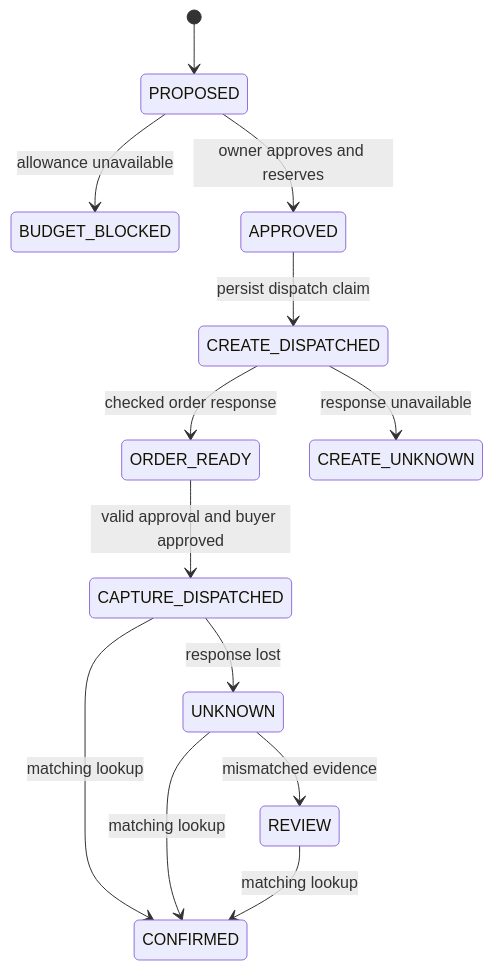
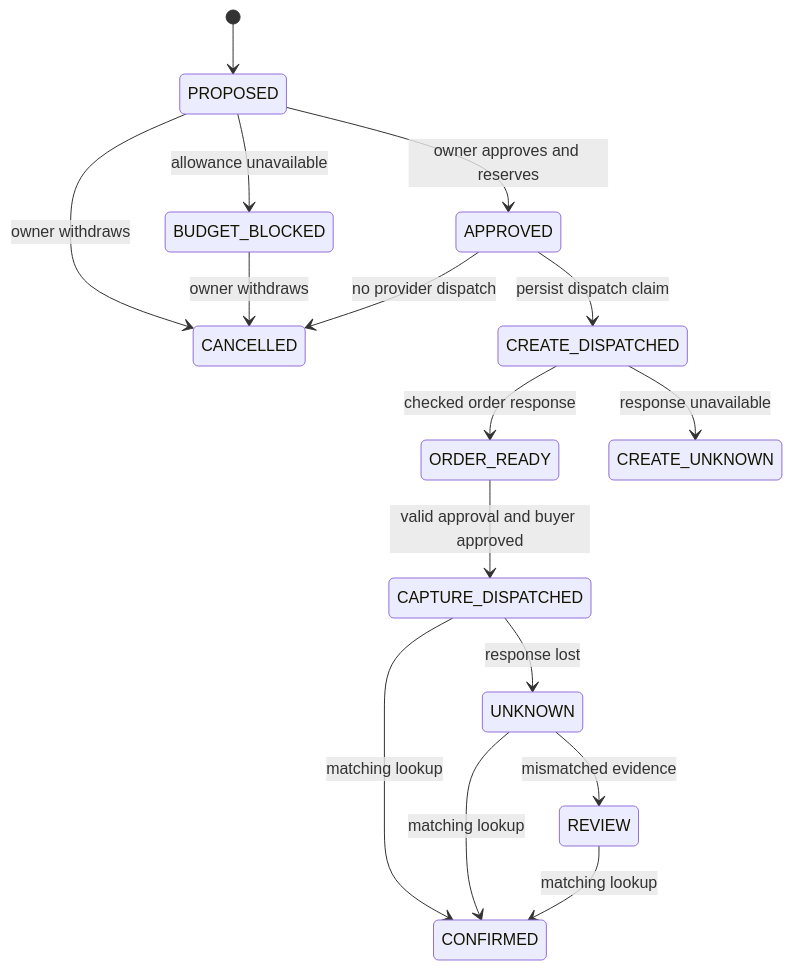
Before and after one commit to kaulastudies/ai-evaluation-lab: the diagram in hackathon/proofpay/docs/ARCHITECTURE.md, drawn with Mermaid. The commit also changed other lines of this file and 16 other files, not shown here.

````diff
--- a/hackathon/proofpay/docs/ARCHITECTURE.md
+++ b/hackathon/proofpay/docs/ARCHITECTURE.md
@@ -18,15 +18,18 @@
 ```mermaid
 stateDiagram-v2
     [*] --> PROPOSED
     PROPOSED --> BUDGET_BLOCKED: allowance unavailable
+    PROPOSED --> CANCELLED: owner withdraws
+    BUDGET_BLOCKED --> CANCELLED: owner withdraws
+    APPROVED --> CANCELLED: no provider dispatch
     PROPOSED --> APPROVED: owner approves and reserves
     APPROVED --> CREATE_DISPATCHED: persist dispatch claim
     CREATE_DISPATCHED --> ORDER_READY: checked order response
     CREATE_DISPATCHED --> CREATE_UNKNOWN: response unavailable
     ORDER_READY --> CAPTURE_DISPATCHED: valid approval and buyer approved
     CAPTURE_DISPATCHED --> UNKNOWN: response lost
     CAPTURE_DISPATCHED --> CONFIRMED: matching lookup
     UNKNOWN --> CONFIRMED: matching lookup
     UNKNOWN --> REVIEW: mismatched evidence
     REVIEW --> CONFIRMED: matching lookup
 ```
````
